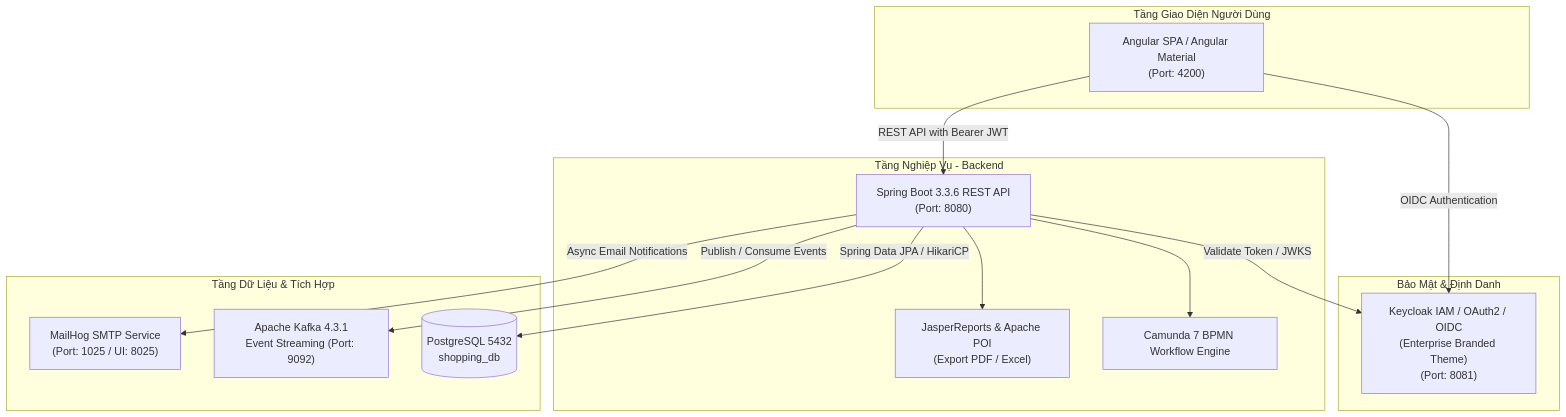
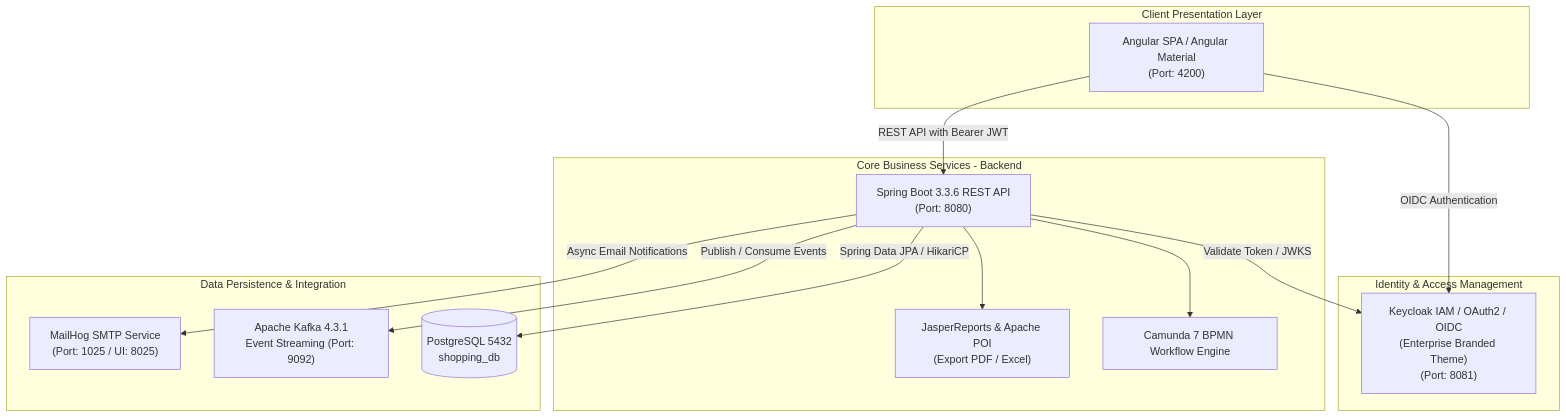
The diagram in README.md (anhkhoahuynh270705-boop/Enterprise-procurement), drawn with Mermaid before and after one commit. The commit also changed other lines of this file, not shown here.

````diff
--- a/README.md
+++ b/README.md
@@ -31,31 +31,31 @@
 ```mermaid
 flowchart TB
-    subgraph ClientLayer [Tầng Giao Diện Người Dùng]
+    subgraph ClientLayer [Client Presentation Layer]
         AngularApp["Angular SPA / Angular Material\n(Port: 4200)"]
     end
 
-    subgraph SecurityGateway [Bảo Mật & Định Danh]
+    subgraph SecurityGateway [Identity & Access Management]
         Keycloak["Keycloak IAM / OAuth2 / OIDC\n(Enterprise Branded Theme)\n(Port: 8081)"]
     end
 
-    subgraph ApplicationLayer [Tầng Nghiệp Vụ - Backend]
+    subgraph ApplicationLayer [Core Business Services - Backend]
         SpringBoot["Spring Boot 3.3.6 REST API\n(Port: 8080)"]
         Camunda["Camunda 7 BPMN Workflow Engine"]
         Jasper["JasperReports & Apache POI\n(Export PDF / Excel)"]
     end
 
-    subgraph DataAndIntegration [Tầng Dữ Liệu & Tích Hợp]
+    subgraph DataAndIntegration [Data Persistence & Integration]
         Postgres[(PostgreSQL 5432\nshopping_db)]
         Kafka["Apache Kafka 4.3.1\nEvent Streaming (Port: 9092)"]
         MailHog["MailHog SMTP Service\n(Port: 1025 / UI: 8025)"]
     end
 
     AngularApp -->|OIDC Authentication| Keycloak
     AngularApp -->|REST API with Bearer JWT| SpringBoot
     SpringBoot -->|Validate Token / JWKS| Keycloak
     SpringBoot --> Camunda
     SpringBoot --> Jasper
     SpringBoot -->|Spring Data JPA / HikariCP| Postgres
     SpringBoot -->|Publish / Consume Events| Kafka
     SpringBoot -->|Async Email Notifications| MailHog
 ```
````
